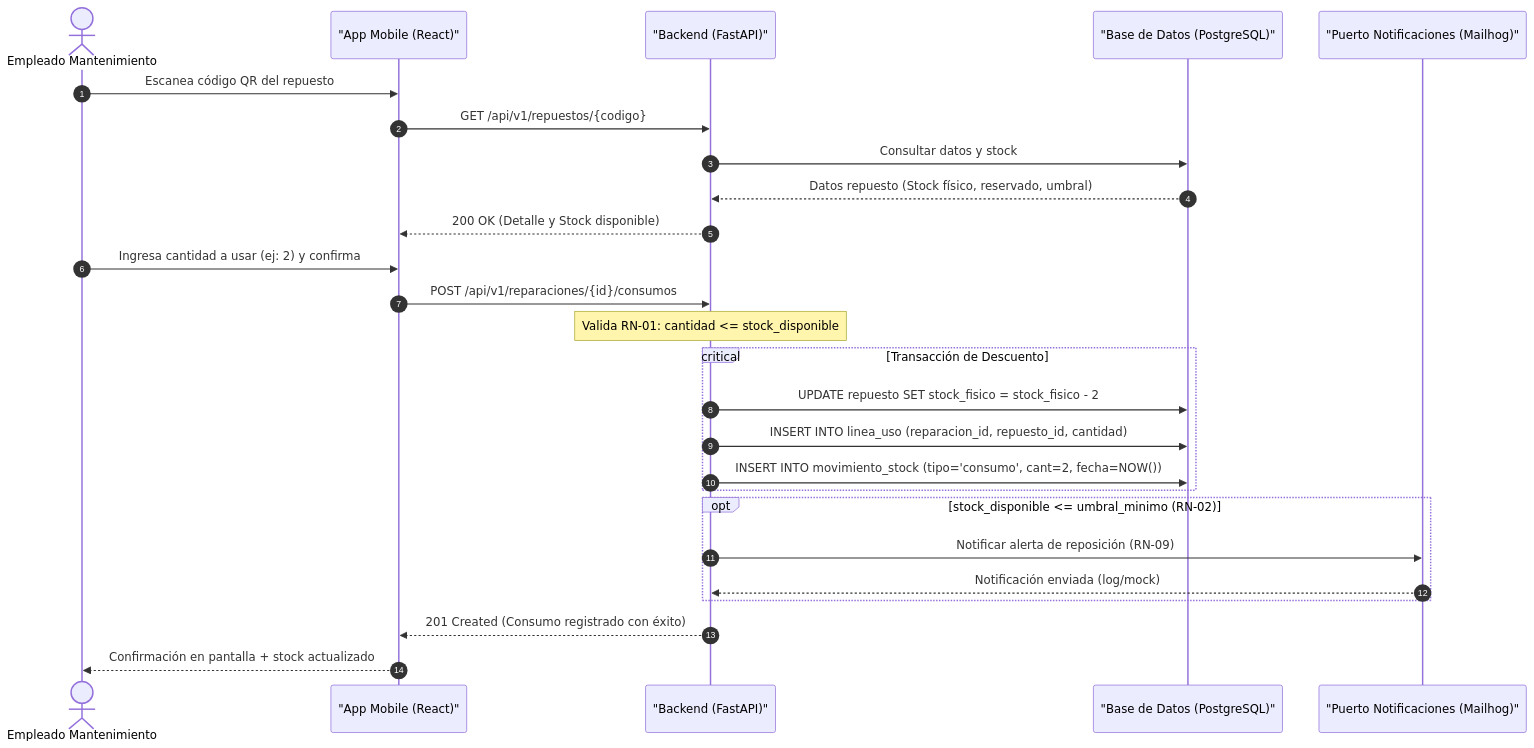
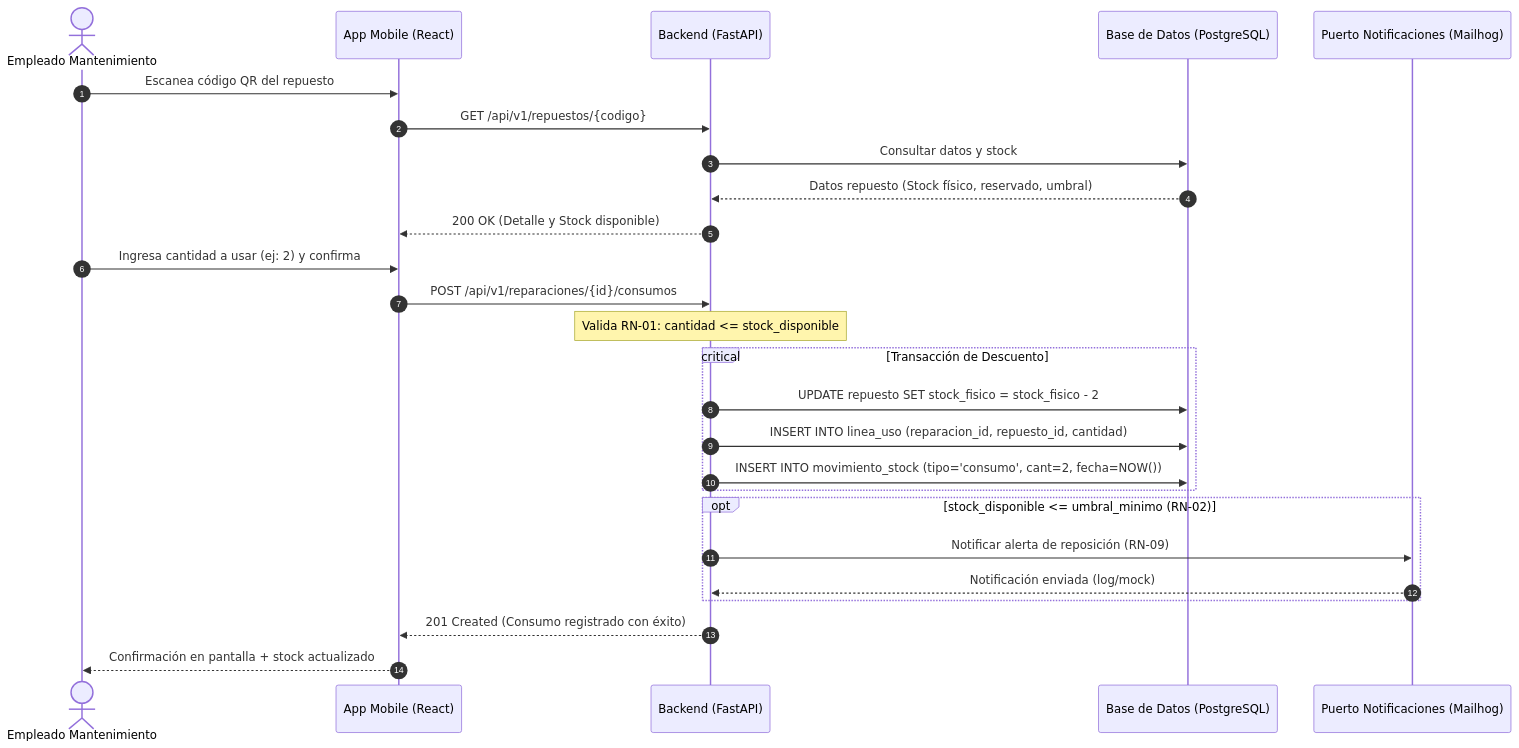
The second of 2 diagrams in docs/m1/casos_de_uso.md (theMagicOne7/TCI_S32_2026), drawn with Mermaid before and after one commit.

Commit message:
fix: correccion archivos

````diff
--- a/docs/m1/casos_de_uso.md
+++ b/docs/m1/casos_de_uso.md
@@ -99,33 +99,33 @@
 ```mermaid
 sequenceDiagram
     autonumber
     actor EM as Empleado Mantenimiento
-    participant UI as "App Mobile (React)"
-    participant API as "Backend (FastAPI)"
-    participant DB as "Base de Datos (PostgreSQL)"
-    participant NOTIF as "Puerto Notificaciones (Mailhog)"
+    participant UI as App Mobile (React)
+    participant API as Backend (FastAPI)
+    participant DB as Base de Datos (PostgreSQL)
+    participant NOTIF as Puerto Notificaciones (Mailhog)
 
     EM->>UI: Escanea código QR del repuesto
     UI->>API: GET /api/v1/repuestos/{codigo}
     API->>DB: Consultar datos y stock
     DB-->>API: Datos repuesto (Stock físico, reservado, umbral)
     API-->>UI: 200 OK (Detalle y Stock disponible)
 
     EM->>UI: Ingresa cantidad a usar (ej: 2) y confirma
     UI->>API: POST /api/v1/reparaciones/{id}/consumos
     Note over API: Valida RN-01: cantidad <= stock_disponible
-    
+
     critical Transacción de Descuento
         API->>DB: UPDATE repuesto SET stock_fisico = stock_fisico - 2
         API->>DB: INSERT INTO linea_uso (reparacion_id, repuesto_id, cantidad)
         API->>DB: INSERT INTO movimiento_stock (tipo='consumo', cant=2, fecha=NOW())
     end
 
     opt stock_disponible <= umbral_minimo (RN-02)
         API->>NOTIF: Notificar alerta de reposición (RN-09)
         NOTIF-->>API: Notificación enviada (log/mock)
     end
 
     API-->>UI: 201 Created (Consumo registrado con éxito)
     UI-->>EM: Confirmación en pantalla + stock actualizado
 ```
````
